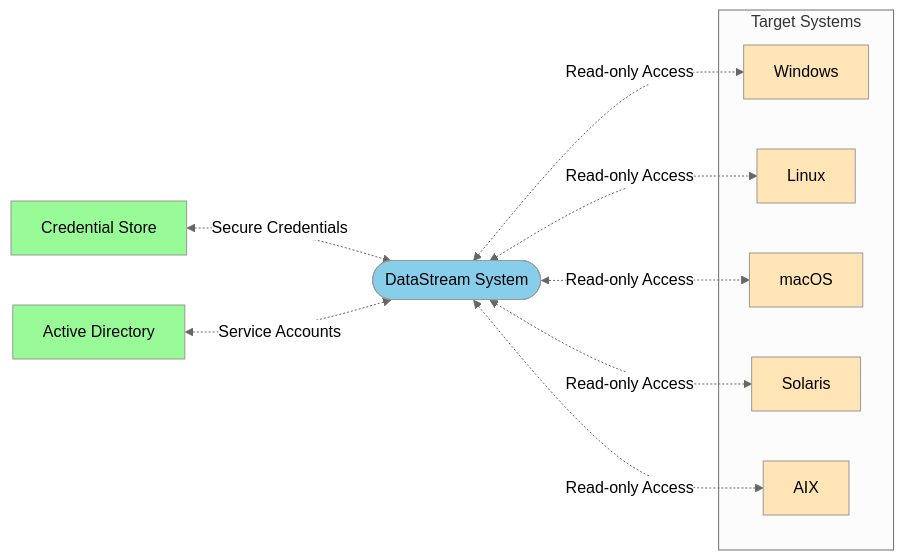
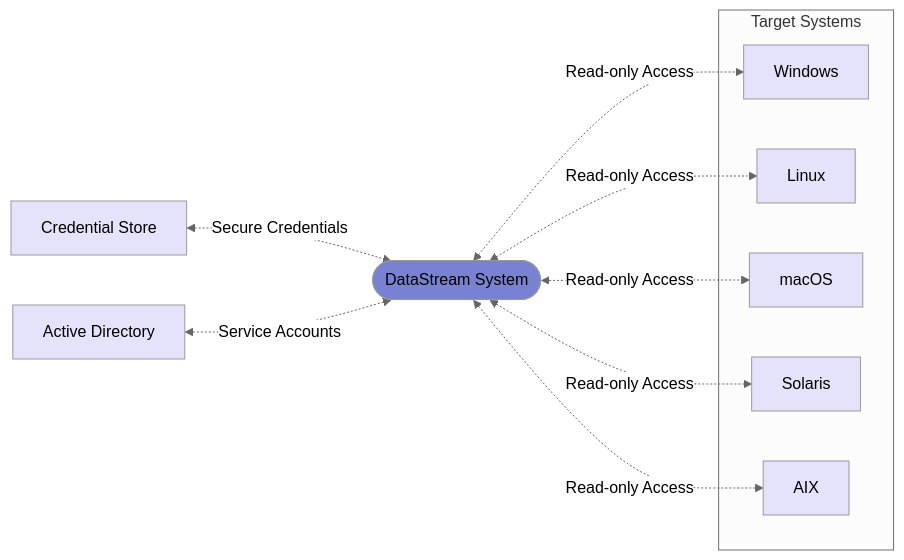
Before and after one commit to VirtualMetric/virtualmetric-docs: the first of 8 diagrams in docs/features.mdx, drawn with Mermaid (neutral theme). The commit also changed other lines of this file and 1 other file, not shown here.

````diff
--- a/docs/features.mdx
+++ b/docs/features.mdx
@@ -18,32 +18,32 @@
 ```mermaid
 graph LR
     DS([DataStream System])
     CS[Credential Store]
     AD[Active Directory]
     
     subgraph Target Systems
         W[Windows]
         L[Linux]
         M[macOS]
         S[Solaris]
         A[AIX]
     end
 
     CS <-.-> |Secure Credentials| DS
     AD <-.-> |Service Accounts| DS
     
     DS <-.-> |Read-only Access| W
     DS <-.-> |Read-only Access| L
     DS <-.-> |Read-only Access| M
     DS <-.-> |Read-only Access| S
     DS <-.-> |Read-only Access| A
 
-    style DS fill:#87CEEB
-    style CS fill:#98FB98
-    style AD fill:#98FB98
-    style W fill:#FFE4B5
-    style L fill:#FFE4B5
-    style M fill:#FFE4B5
-    style S fill:#FFE4B5
-    style A fill:#FFE4B5
+    style DS fill:#7982D2
+    style CS fill:#E5E2FB
+    style AD fill:#E5E2FB
+    style W fill:#E5E2FB
+    style L fill:#E5E2FB
+    style M fill:#E5E2FB
+    style S fill:#E5E2FB
+    style A fill:#E5E2FB
 ```
````
